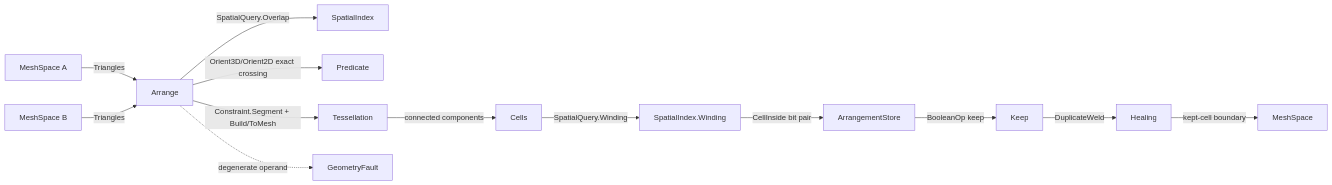
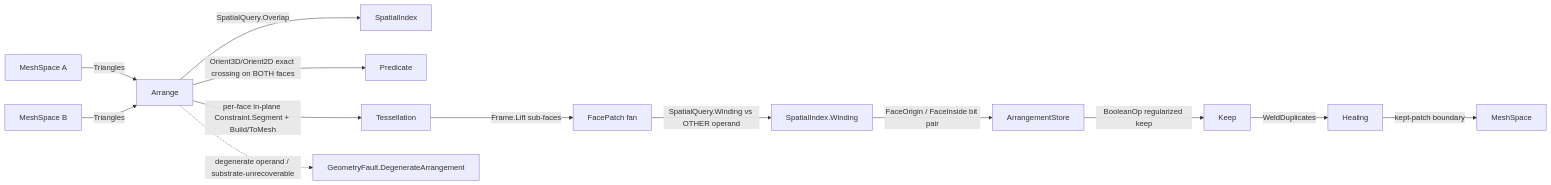
Before and after one commit to bsamiee/Rasm: the diagram in libs/csharp/Rasm/Geometry/.planning/meshing/arrangement.md, drawn with Mermaid. The commit also changed other lines of this file and 80 other files, not shown here.

````diff
--- a/libs/csharp/Rasm/Geometry/.planning/meshing/arrangement.md
+++ b/libs/csharp/Rasm/Geometry/.planning/meshing/arrangement.md
@@ -387,15 +438,15 @@
 ```mermaid
 flowchart LR
     OperandA["MeshSpace A"] -->|Triangles| Arrange
     OperandB["MeshSpace B"] -->|Triangles| Arrange
     Arrange -->|SpatialQuery.Overlap| SpatialIndex
-    Arrange -->|Orient3D/Orient2D exact crossing| Predicate
-    Arrange -->|Constraint.Segment + Build/ToMesh| Tessellation
-    Tessellation -->|connected components| Cells
-    Cells -->|SpatialQuery.Winding| GWN["SpatialIndex.Winding"]
-    GWN -->|CellInside bit pair| ArrangementStore
-    ArrangementStore -->|BooleanOp keep| Keep
-    Keep -->|DuplicateWeld| Healing
-    Healing -->|kept-cell boundary| MeshSpaceOut["MeshSpace"]
-    Arrange -.->|degenerate operand| GeometryFault
+    Arrange -->|Orient3D/Orient2D exact crossing on BOTH faces| Predicate
+    Arrange -->|per-face in-plane Constraint.Segment + Build/ToMesh| Tessellation
+    Tessellation -->|Frame.Lift sub-faces| Patches["FacePatch fan"]
+    Patches -->|SpatialQuery.Winding vs OTHER operand| GWN["SpatialIndex.Winding"]
+    GWN -->|FaceOrigin / FaceInside bit pair| ArrangementStore
+    ArrangementStore -->|BooleanOp regularized keep| Keep
+    Keep -->|WeldDuplicates| Healing
+    Healing -->|kept-patch boundary| MeshSpaceOut["MeshSpace"]
+    Arrange -.->|degenerate operand / substrate-unrecoverable| GeometryFault["GeometryFault.DegenerateArrangement"]
 ```
````
